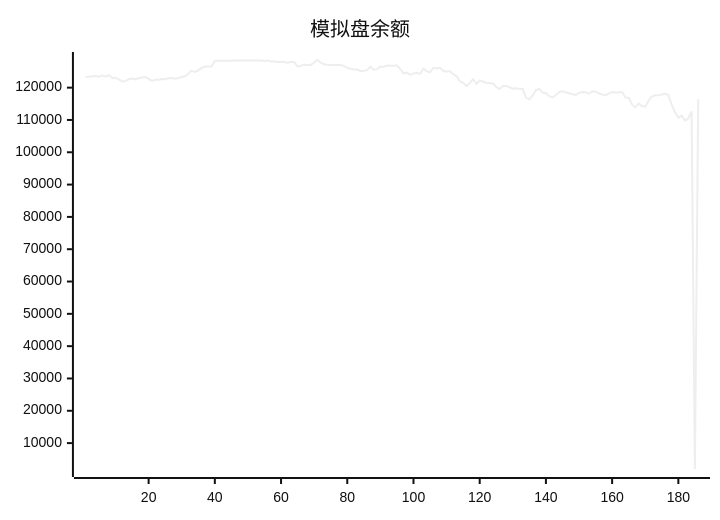
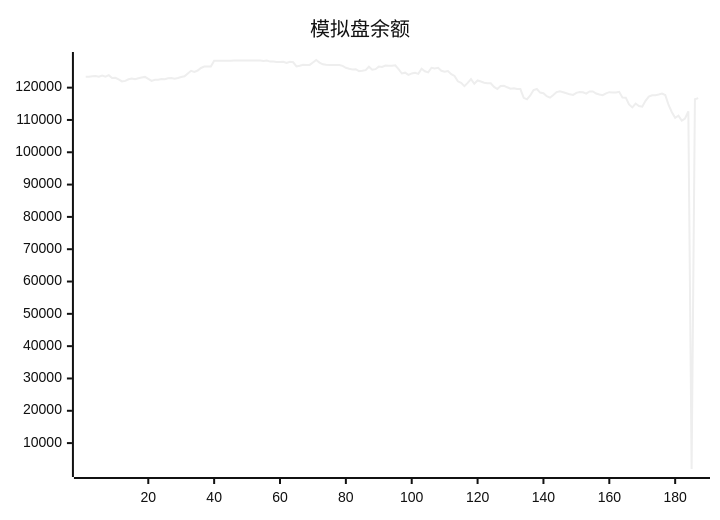
The diagram in README.md (aahl/ai-trading), drawn with Mermaid (neutral theme) before and after one commit. The commit also changed other lines of this file and 1 other file, not shown here.

````diff
--- a/README.md
+++ b/README.md
@@ -5,5 +5,5 @@
 ```mermaid
 xychart
     title "模拟盘余额"
-    line [123338,123402,123530,123592,123378,123745,123413,123853,123009,123040,122557,121938,122095,122599,122856,122597,122898,123160,123319,122719,122087,122454,122416,122685,122592,122907,122961,122776,122981,123295,123507,124403,125224,124894,125303,126088,126544,126534,126549,128335,128318,128318,128318,128318,128318,128424,128424,128424,128424,128424,128424,128424,128424,128424,128247,128412,128062,128087,127917,127901,128026,127611,128000,127850,126572,126770,127100,126971,127029,127783,128554,127765,127224,127064,127044,127009,127025,127004,126738,126152,125871,125635,125707,125117,125217,125420,126480,125545,125715,126511,126424,126856,126764,126788,126890,125710,124381,124632,123936,124402,124574,124256,125833,125070,124739,126154,125966,126145,125213,124943,125143,124157,123604,121959,121476,120476,121470,122610,121201,122221,121889,121522,121332,121344,120232,119559,120513,120577,120108,119680,119777,119572,119568,116839,116392,117573,119250,119585,118469,118277,117338,116897,117706,118628,118849,118579,118280,117926,117735,118373,118639,118544,118136,118798,118819,118162,117874,117649,118215,118601,118463,118517,118713,116911,116899,114798,113887,115084,114313,114091,115934,117221,117658,117658,117883,118164,117693,114632,112403,110644,111313,109777,110444,112673,1984,116419]
+    line [123338,123402,123530,123592,123378,123745,123413,123853,123009,123040,122557,121938,122095,122599,122856,122597,122898,123160,123319,122719,122087,122454,122416,122685,122592,122907,122961,122776,122981,123295,123507,124403,125224,124894,125303,126088,126544,126534,126549,128335,128318,128318,128318,128318,128318,128424,128424,128424,128424,128424,128424,128424,128424,128424,128247,128412,128062,128087,127917,127901,128026,127611,128000,127850,126572,126770,127100,126971,127029,127783,128554,127765,127224,127064,127044,127009,127025,127004,126738,126152,125871,125635,125707,125117,125217,125420,126480,125545,125715,126511,126424,126856,126764,126788,126890,125710,124381,124632,123936,124402,124574,124256,125833,125070,124739,126154,125966,126145,125213,124943,125143,124157,123604,121959,121476,120476,121470,122610,121201,122221,121889,121522,121332,121344,120232,119559,120513,120577,120108,119680,119777,119572,119568,116839,116392,117573,119250,119585,118469,118277,117338,116897,117706,118628,118849,118579,118280,117926,117735,118373,118639,118544,118136,118798,118819,118162,117874,117649,118215,118601,118463,118517,118713,116911,116899,114798,113887,115084,114313,114091,115934,117221,117658,117658,117883,118164,117693,114632,112403,110644,111313,109777,110444,112673,1984,116419,116772]
 ```
````
